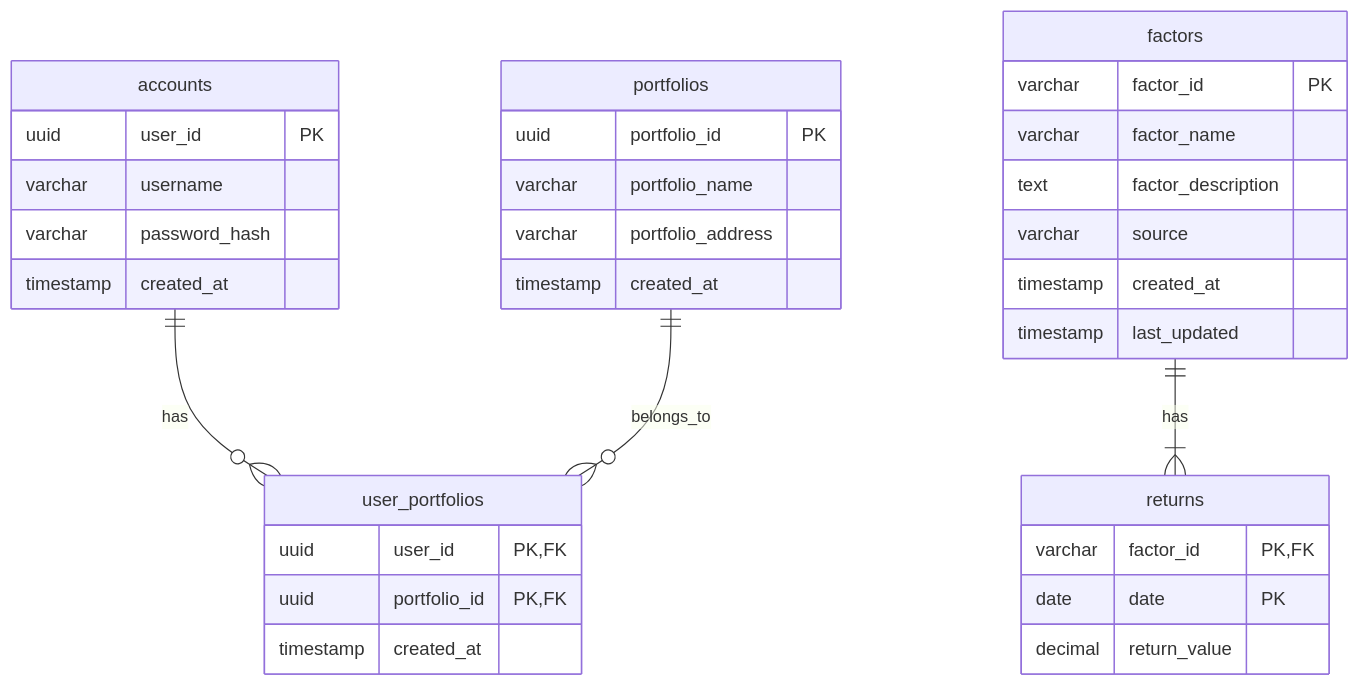
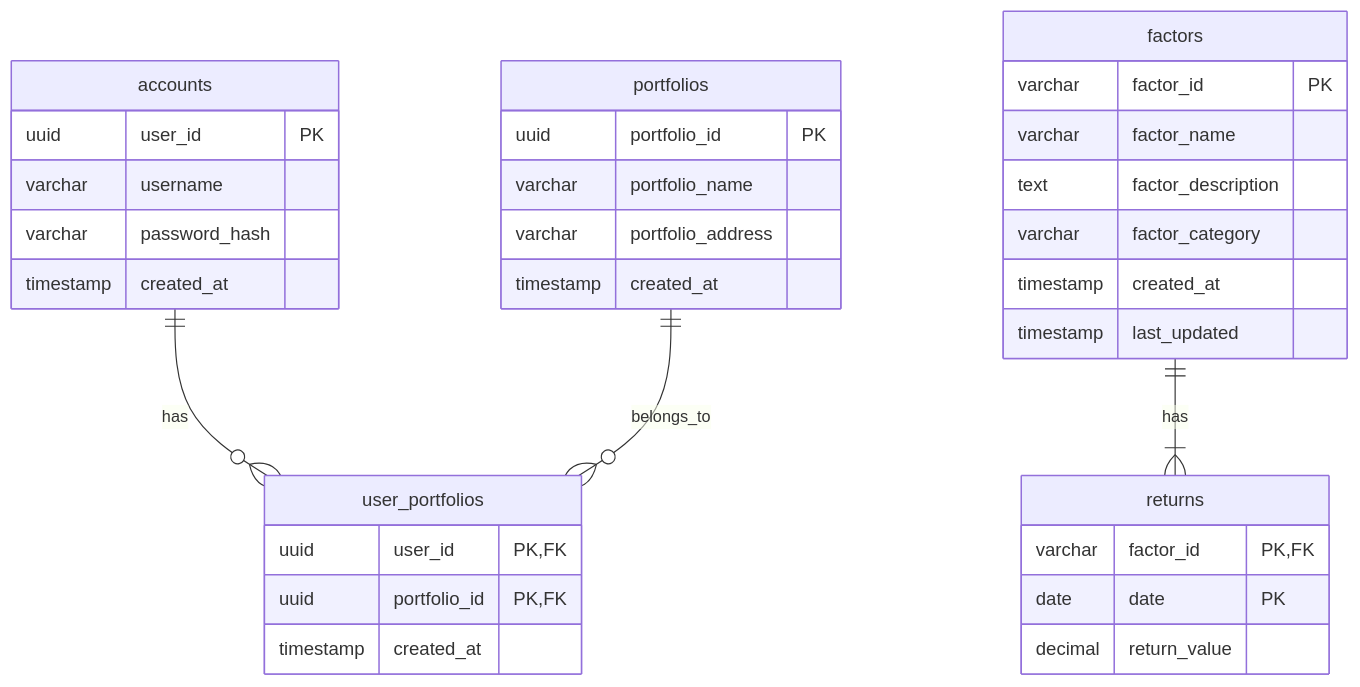
The diagram in README.md (milesChild/labfolio), drawn with Mermaid before and after one commit. The commit also changed other lines of this file and 2 other files, not shown here.

````diff
--- a/README.md
+++ b/README.md
@@ -37,41 +53,41 @@
 ```mermaid
 erDiagram
     accounts ||--o{ user_portfolios : has
     portfolios ||--o{ user_portfolios : belongs_to
     factors ||--|{ returns : has
 
     accounts {
         uuid user_id PK
         varchar username
         varchar password_hash
         timestamp created_at
     }
 
     portfolios {
         uuid portfolio_id PK
         varchar portfolio_name
         varchar portfolio_address
         timestamp created_at
     }
 
     user_portfolios {
         uuid user_id PK,FK
         uuid portfolio_id PK,FK
         timestamp created_at
     }
 
     factors {
         varchar factor_id PK
         varchar factor_name
         text factor_description
-        varchar source
+        varchar factor_category
         timestamp created_at
         timestamp last_updated
     }
 
     returns {
         varchar factor_id PK,FK
         date date PK
         decimal return_value
     }
 ```
````
